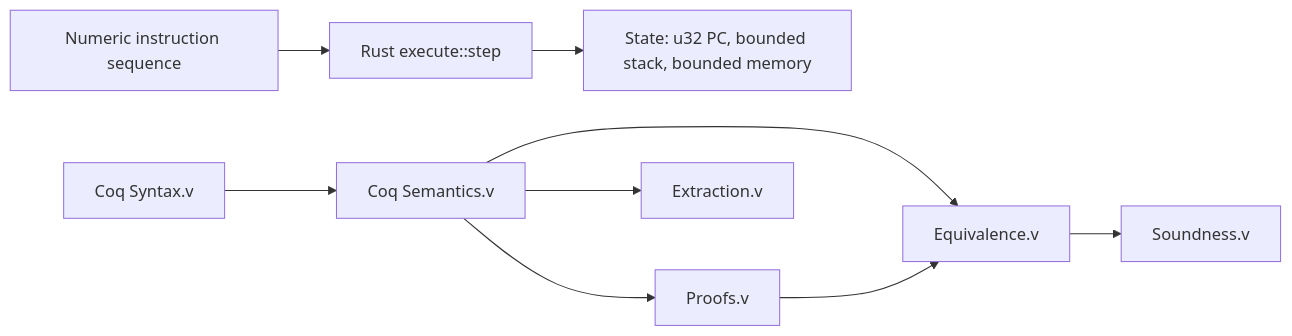
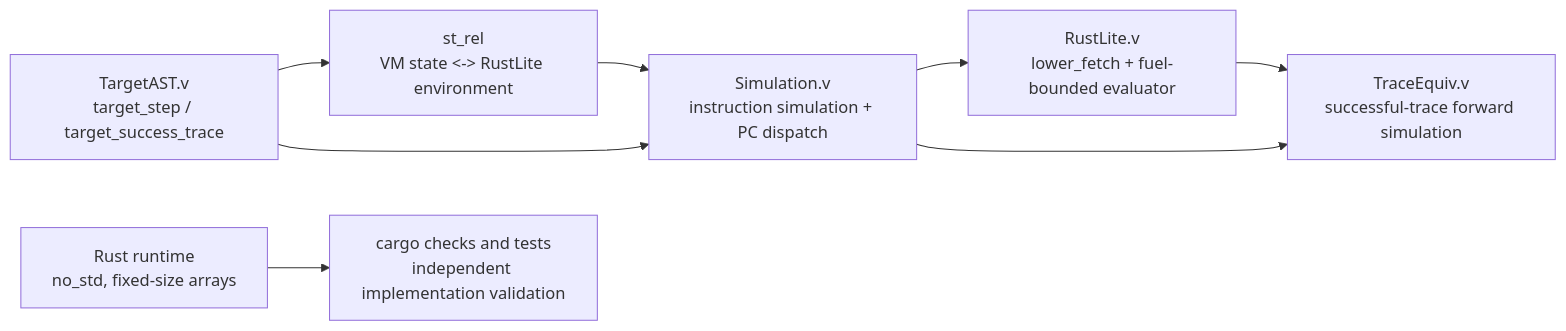
Before and after one commit to shahmeerkhaskhely8-bot/microverivm: the diagram in README.md, drawn with Mermaid. The commit also changed other lines of this file and 26 other files, not shown here.

````diff
--- a/README.md
+++ b/README.md
@@ -24,11 +28,18 @@
 ```mermaid
 flowchart LR
-    A[Numeric instruction sequence] --> B[Rust execute::step]
-    B --> C[State: u32 PC, bounded stack, bounded memory]
-    D[Coq Syntax.v] --> E[Coq Semantics.v]
-    E --> F[Proofs.v]
-    E --> G[Equivalence.v]
-    F --> G
-    G --> H[Soundness.v]
-    E --> I[Extraction.v]
+    A["TargetAST.v<br/>target_step / target_success_trace"]
+    B["st_rel<br/>VM state <-> RustLite environment"]
+    C["Simulation.v<br/>instruction simulation + PC dispatch"]
+    D["RustLite.v<br/>lower_fetch + fuel-bounded evaluator"]
+    E["TraceEquiv.v<br/>successful-trace forward simulation"]
+    R["Rust runtime<br/>no_std, fixed-size arrays"]
+    T["cargo checks and tests<br/>independent implementation validation"]
+
+    A --> B
+    A --> C
+    B --> C
+    C --> D
+    C --> E
+    D --> E
+    R --> T
 ```
````
